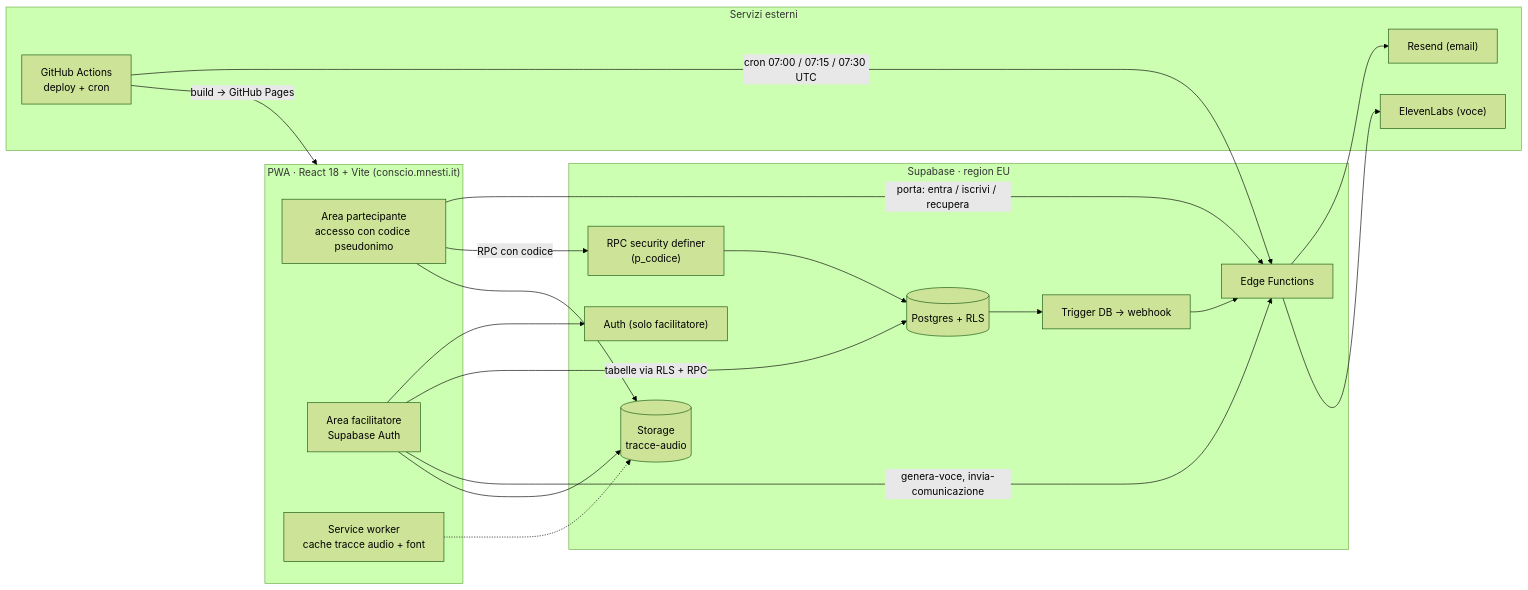
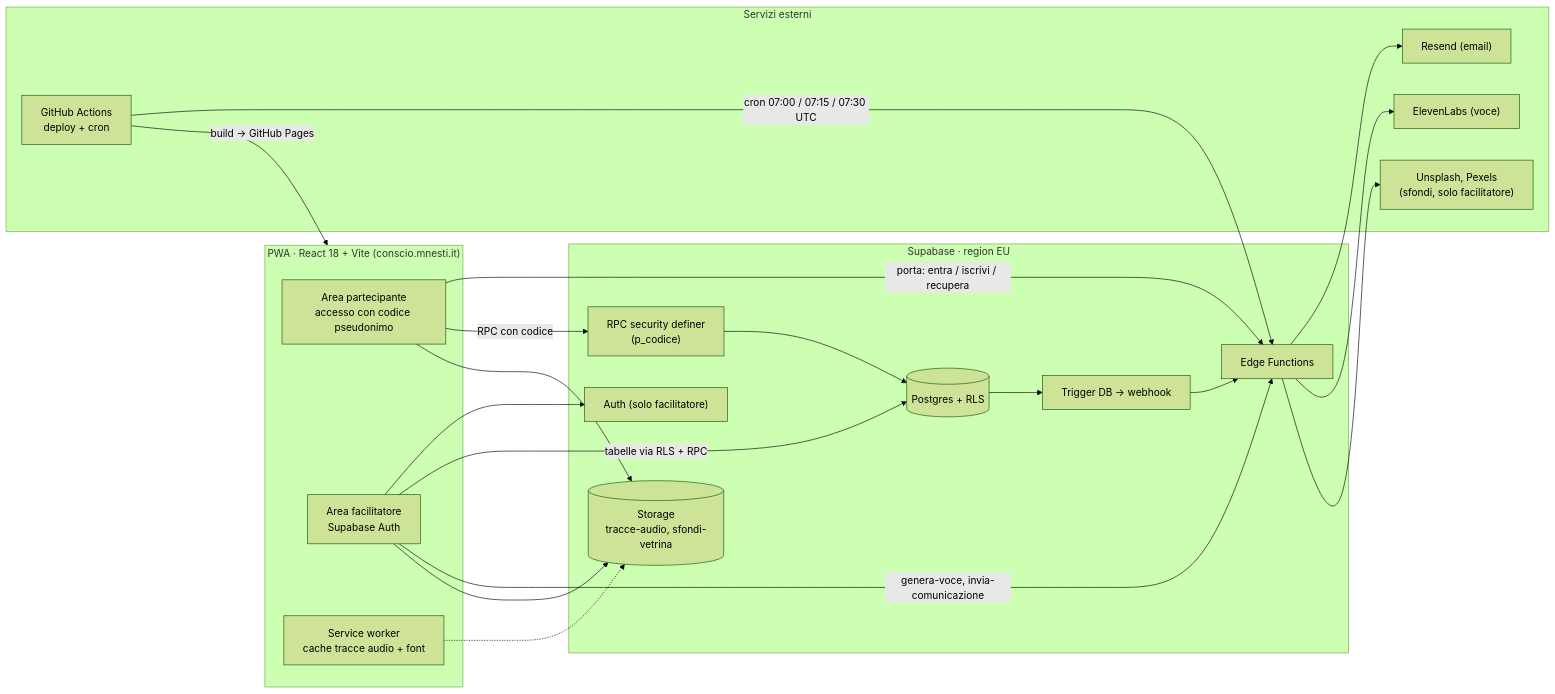
One commit to salonbookingsystemou-dot/conscio changed the first of 2 diagrams in docs/architettura.md. Above: the diagram before and after it, drawn with Mermaid (forest theme). The commit also changed other lines of this file and 29 other files, not shown here.

````diff
--- a/docs/architettura.md
+++ b/docs/architettura.md
@@ -8,37 +8,39 @@
 ```mermaid
 flowchart LR
   subgraph Client["PWA · React 18 + Vite (conscio.mnesti.it)"]
     P["Area partecipante<br/>accesso con codice pseudonimo"]
     F["Area facilitatore<br/>Supabase Auth"]
     SW["Service worker<br/>cache tracce audio + font"]
   end
 
   subgraph Supabase["Supabase · region EU"]
     RPC["RPC security definer<br/>(p_codice)"]
     DB[("Postgres + RLS")]
-    ST[("Storage<br/>tracce-audio")]
+    ST[("Storage<br/>tracce-audio, sfondi-vetrina")]
     AUTH["Auth (solo facilitatore)"]
     EF["Edge Functions"]
     TR["Trigger DB → webhook"]
   end
 
   subgraph Esterni["Servizi esterni"]
     RS["Resend (email)"]
     EL["ElevenLabs (voce)"]
+    UN["Unsplash, Pexels<br/>(sfondi, solo facilitatore)"]
     GH["GitHub Actions<br/>deploy + cron"]
   end
 
   P -->|"porta: entra / iscrivi / recupera"| EF
   P -->|"RPC con codice"| RPC
   F --> AUTH
   F -->|"tabelle via RLS + RPC"| DB
   F -->|"genera-voce, invia-comunicazione"| EF
   RPC --> DB
   P & F --> ST
   SW -.-> ST
   DB --> TR --> EF
   EF --> RS
   EF --> EL
+  EF --> UN
   GH -->|"build → GitHub Pages"| Client
   GH -->|"cron 07:00 / 07:15 / 07:30 UTC"| EF
 ```
````
